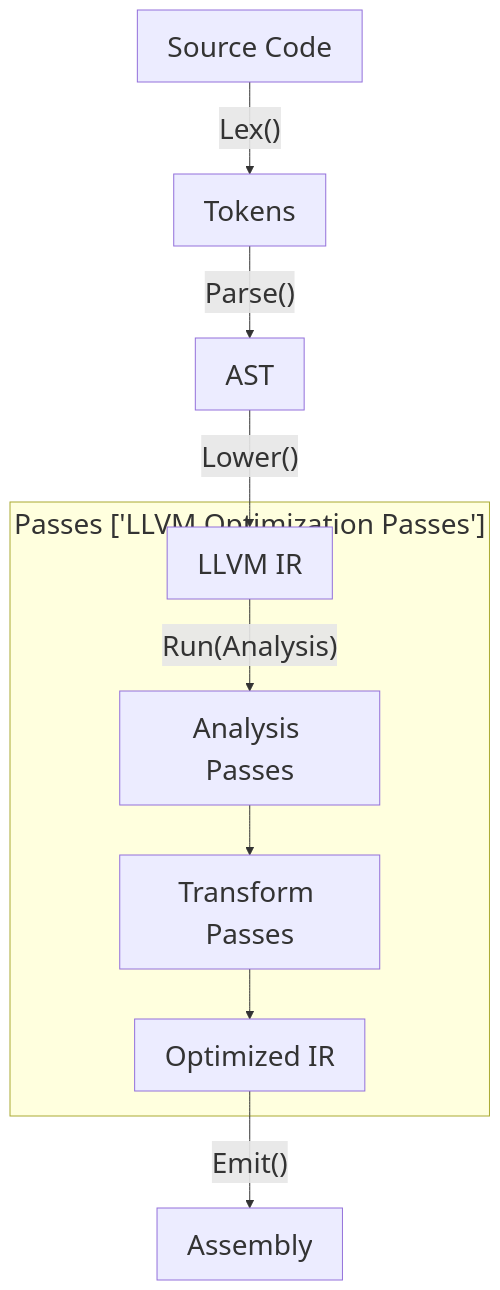
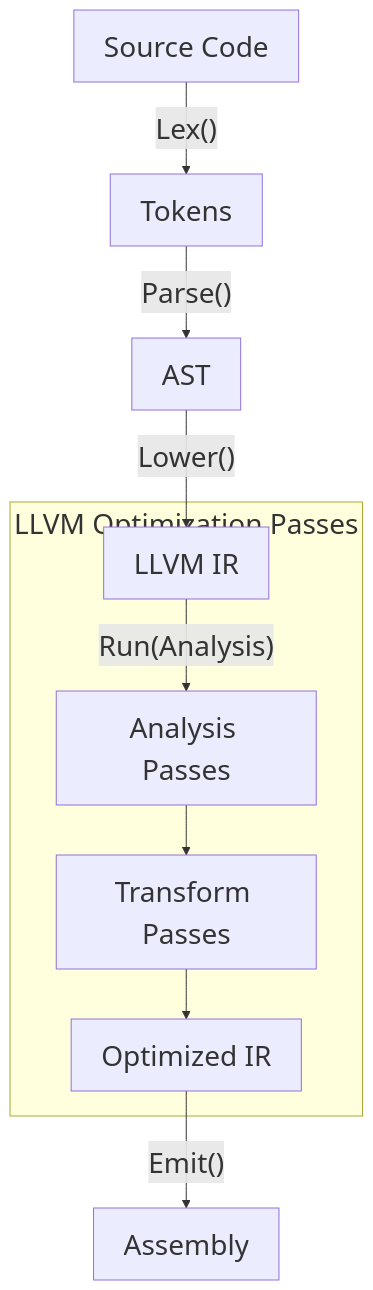
One commit to j4flmao/agent-skills changed the diagram in skills/low-level/compiler-design/SKILL.md. Above: the diagram before and after it, drawn with Mermaid. The commit also changed 38 other files, not shown here.

Commit message:
style(skills): Add padding to Mermaid subgraphs to prevent label overlap with nodes

````diff
--- a/skills/low-level/compiler-design/SKILL.md
+++ b/skills/low-level/compiler-design/SKILL.md
@@ -19,15 +19,15 @@
 ```mermaid
 %%{init: {"theme": "default", "themeVariables": {"fontSize": "28px"}, "flowchart": {"useMaxWidth": false}}}%%
 flowchart TD
     Source["Source Code"] -->|"Lex()"| Tokens
     Tokens -->|"Parse()"| AST
     AST -->|"Lower()"| IR["LLVM IR"]
     
-    subgraph PassesLLVMOptimizationPasses ["Passes ['LLVM Optimization Passes']"]
+    subgraph PassesLLVMOptimizationPasses ["LLVM Optimization Passes<br/>"]
         IR -->|"Run(Analysis)"| Analysis["Analysis Passes"]
         Analysis --> Transform["Transform Passes"]
         Transform --> IR_Opt["Optimized IR"]
     end
     
     IR_Opt -->|"Emit()"| Assembly
 ```
````
